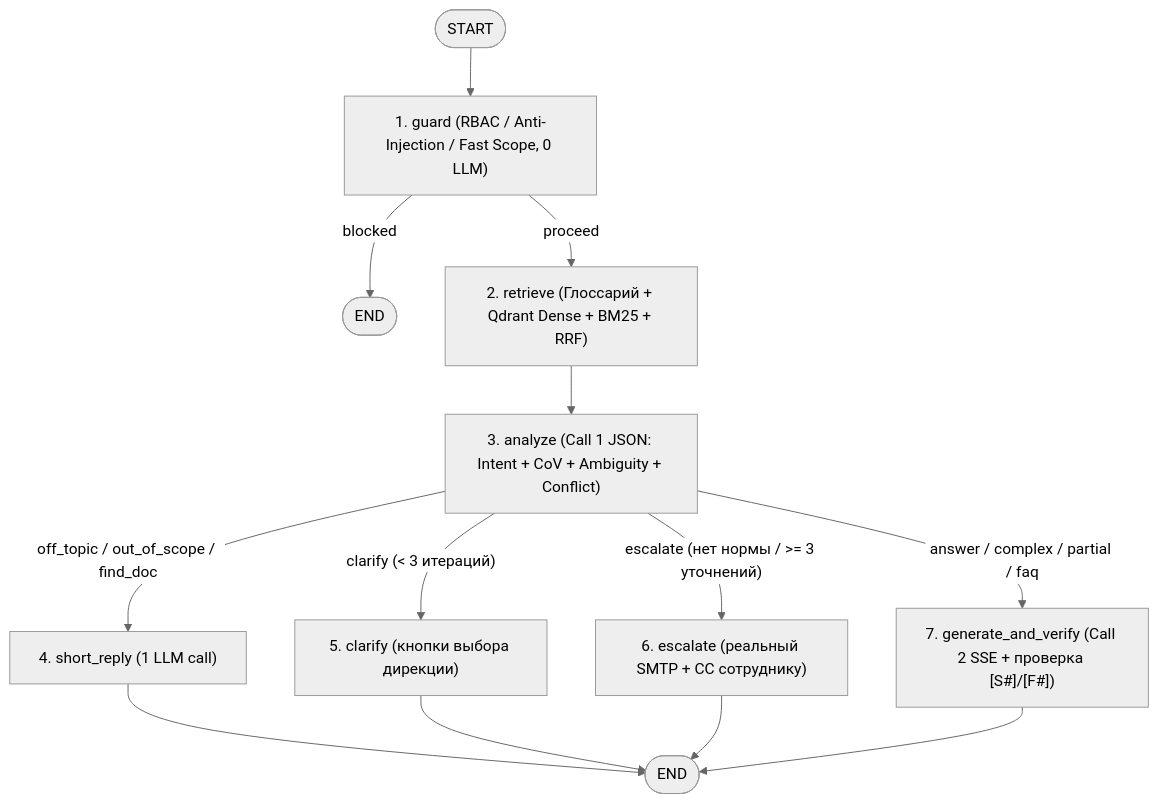
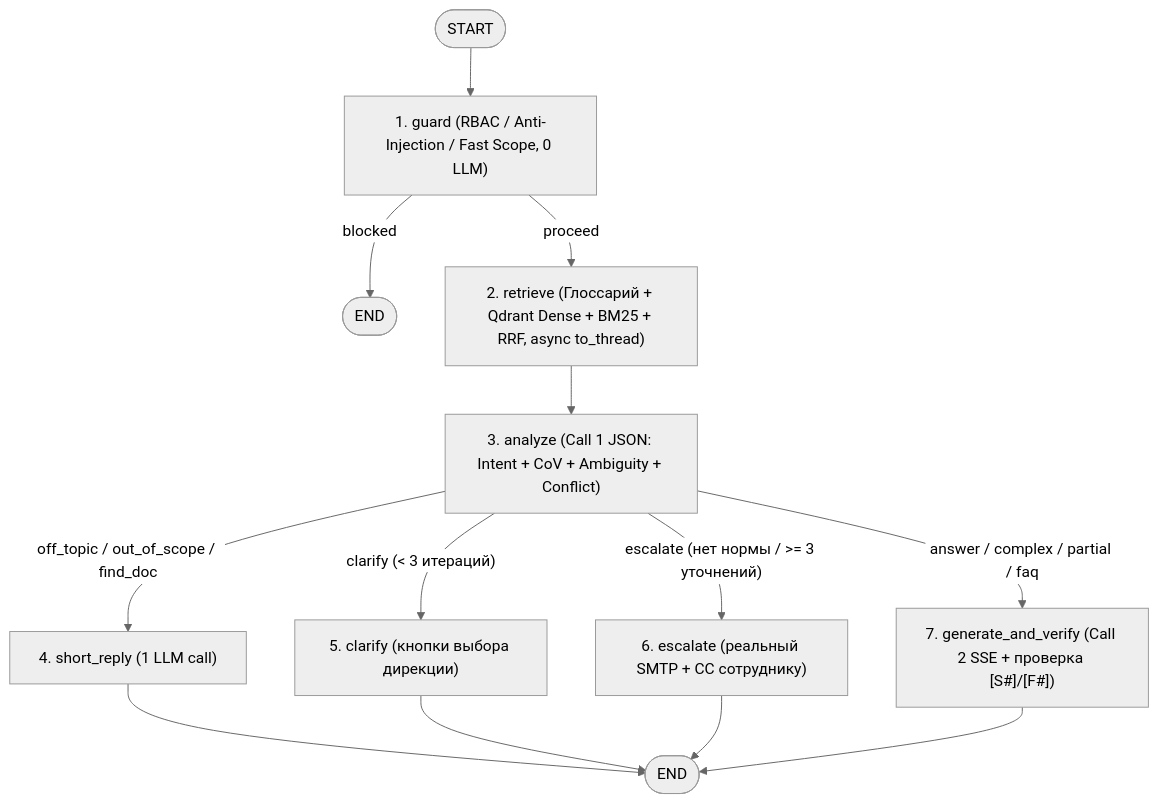
The diagram in README.md (FrankyShelloy/AI-forge), drawn with Mermaid (neutral theme) before and after one commit. The commit also changed other lines of this file and 20 other files, not shown here.

````diff
--- a/README.md
+++ b/README.md
@@ -24,15 +25,15 @@
 ```mermaid
 flowchart TD
     START([START]) --> guard["1. guard (RBAC / Anti-Injection / Fast Scope, 0 LLM)"]
     guard -- "blocked" --> END1([END])
-    guard -- "proceed" --> retrieve["2. retrieve (Глоссарий + Qdrant Dense + BM25 + RRF)"]
+    guard -- "proceed" --> retrieve["2. retrieve (Глоссарий + Qdrant Dense + BM25 + RRF, async to_thread)"]
     retrieve --> analyze["3. analyze (Call 1 JSON: Intent + CoV + Ambiguity + Conflict)"]
     analyze -- "off_topic / out_of_scope / find_doc" --> short["4. short_reply (1 LLM call)"]
     analyze -- "clarify (< 3 итераций)" --> clarify["5. clarify (кнопки выбора дирекции)"]
     analyze -- "escalate (нет нормы / >= 3 уточнений)" --> escalate["6. escalate (реальный SMTP + CC сотруднику)"]
     analyze -- "answer / complex / partial / faq" --> gen["7. generate_and_verify (Call 2 SSE + проверка [S#]/[F#])"]
     short --> END2([END])
     clarify --> END2
     escalate --> END2
     gen --> END2
 ```
````
